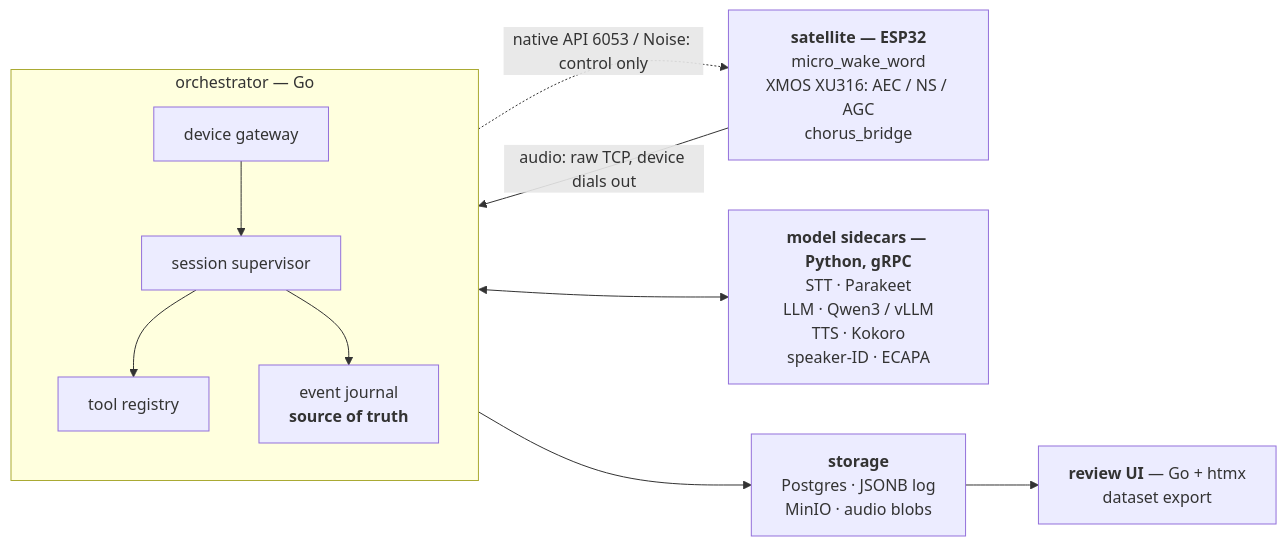
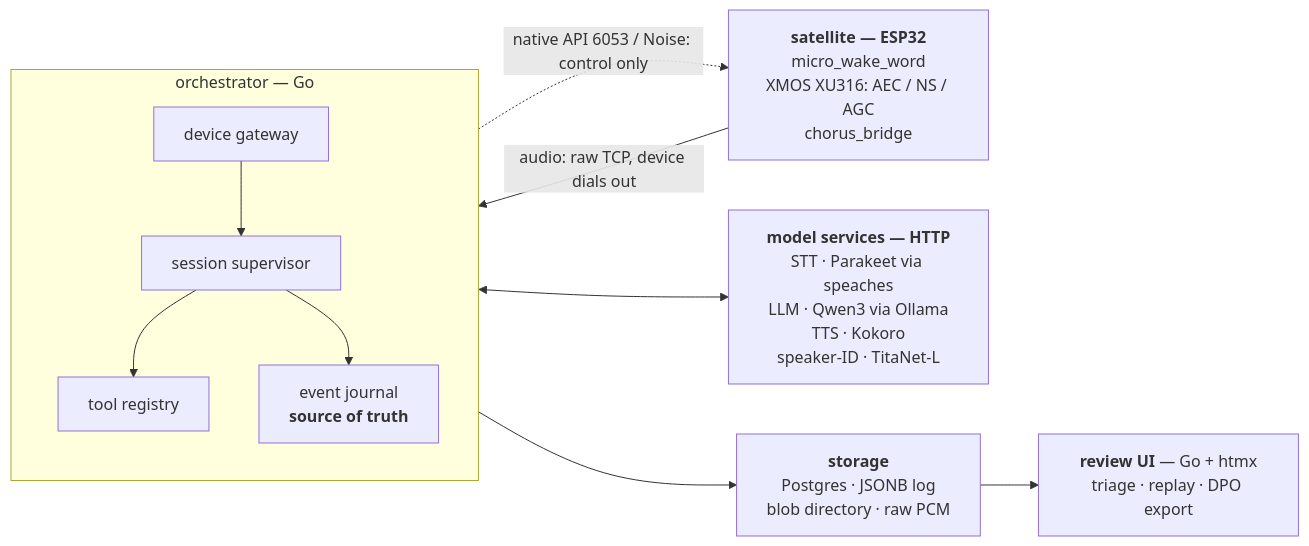
Before and after one commit to Teagan42/Chorus: the diagram in README.md, drawn with Mermaid. The commit also changed other lines of this file and 5 other files, not shown here.

````diff
--- a/README.md
+++ b/README.md
@@ -57,20 +62,20 @@
 ```mermaid
 flowchart LR
     SAT["<b>satellite — ESP32</b><br/>micro_wake_word<br/>XMOS XU316: AEC / NS / AGC<br/>chorus_bridge"]
 
     subgraph ORCH["orchestrator — Go"]
         direction TB
         GW["device gateway"] --> SUP["session supervisor"]
         SUP --> REG["tool registry"]
         SUP --> JRN["event journal<br/><b>source of truth</b>"]
     end
 
-    SIDE["<b>model sidecars — Python, gRPC</b><br/>STT · Parakeet<br/>LLM · Qwen3 / vLLM<br/>TTS · Kokoro<br/>speaker-ID · ECAPA"]
-    STORE["<b>storage</b><br/>Postgres · JSONB log<br/>MinIO · audio blobs"]
-    UI["<b>review UI</b> — Go + htmx<br/>dataset export"]
+    SIDE["<b>model services — HTTP</b><br/>STT · Parakeet via speaches<br/>LLM · Qwen3 via Ollama<br/>TTS · Kokoro<br/>speaker-ID · TitaNet-L"]
+    STORE["<b>storage</b><br/>Postgres · JSONB log<br/>blob directory · raw PCM"]
+    UI["<b>review UI</b> — Go + htmx<br/>triage · replay · DPO export"]
 
     SAT -- "audio: raw TCP, device dials out" --> GW
     GW -. "native API 6053 / Noise: control only" .-> SAT
     SUP <--> SIDE
     JRN --> STORE --> UI
 ```
````
